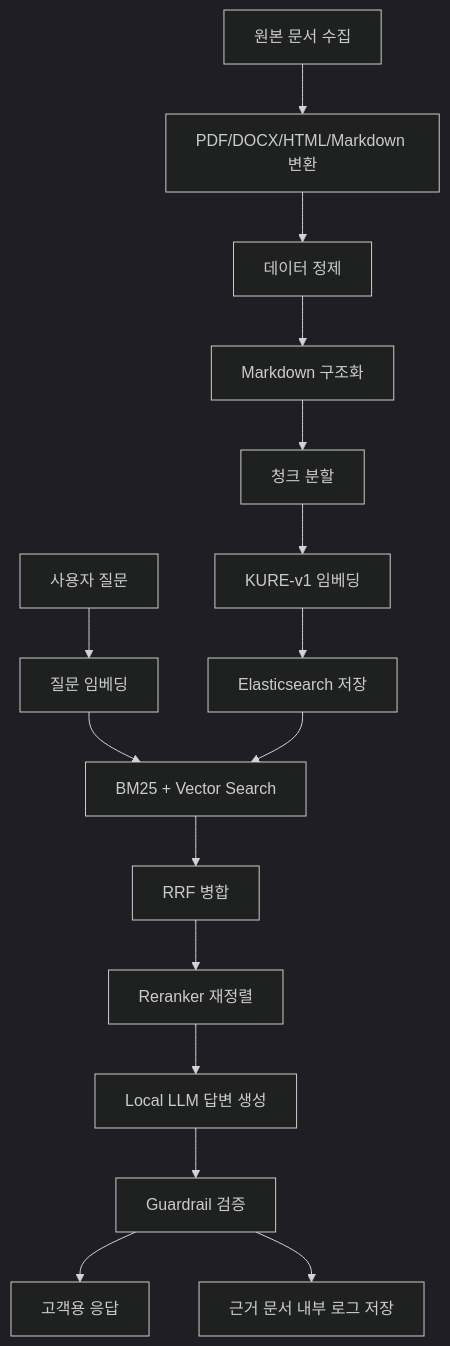
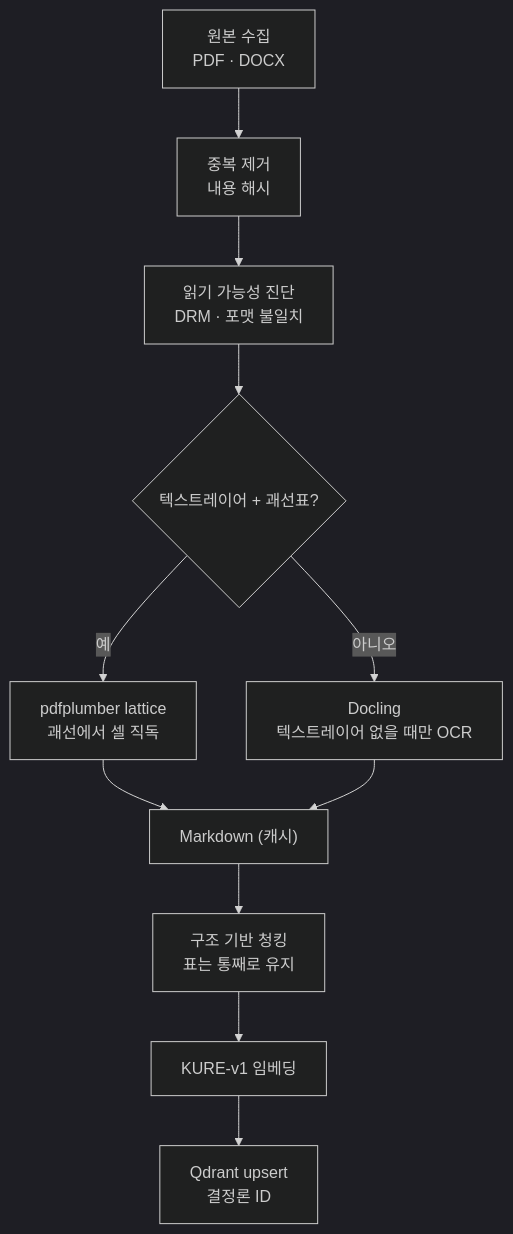
The second of 2 diagrams in README.md (BNK-InsightLab-RCB/BNK_Bot), drawn with Mermaid (dark theme) before and after one commit. The commit also changed other lines of this file and 21 other files, not shown here.

````diff
--- a/README.md
+++ b/README.md
@@ -64,18 +261,13 @@
 ```mermaid
 flowchart TD
-    A["원본 문서 수집"] --> B["PDF/DOCX/HTML/Markdown 변환"]
-    B --> C["데이터 정제"]
-    C --> D["Markdown 구조화"]
-    D --> E["청크 분할"]
-    E --> F["KURE-v1 임베딩"]
-    F --> G["Elasticsearch 저장"]
-    H["사용자 질문"] --> I["질문 임베딩"]
-    I --> J["BM25 + Vector Search"]
-    G --> J
-    J --> K["RRF 병합"]
-    K --> L["Reranker 재정렬"]
-    L --> M["Local LLM 답변 생성"]
-    M --> N["Guardrail 검증"]
-    N --> O["고객용 응답"]
-    N --> P["근거 문서 내부 로그 저장"]
+    A["원본 수집<br/>PDF · DOCX"] --> B["중복 제거<br/>내용 해시"]
+    B --> C["읽기 가능성 진단<br/>DRM · 포맷 불일치"]
+    C --> D{"텍스트레이어 + 괘선표?"}
+    D -- "예" --> E["pdfplumber lattice<br/>괘선에서 셀 직독"]
+    D -- "아니오" --> F["Docling<br/>텍스트레이어 없을 때만 OCR"]
+    E --> G["Markdown (캐시)"]
+    F --> G
+    G --> H["구조 기반 청킹<br/>표는 통째로 유지"]
+    H --> I["KURE-v1 임베딩"]
+    I --> J["Qdrant upsert<br/>결정론 ID"]
 ```
````
